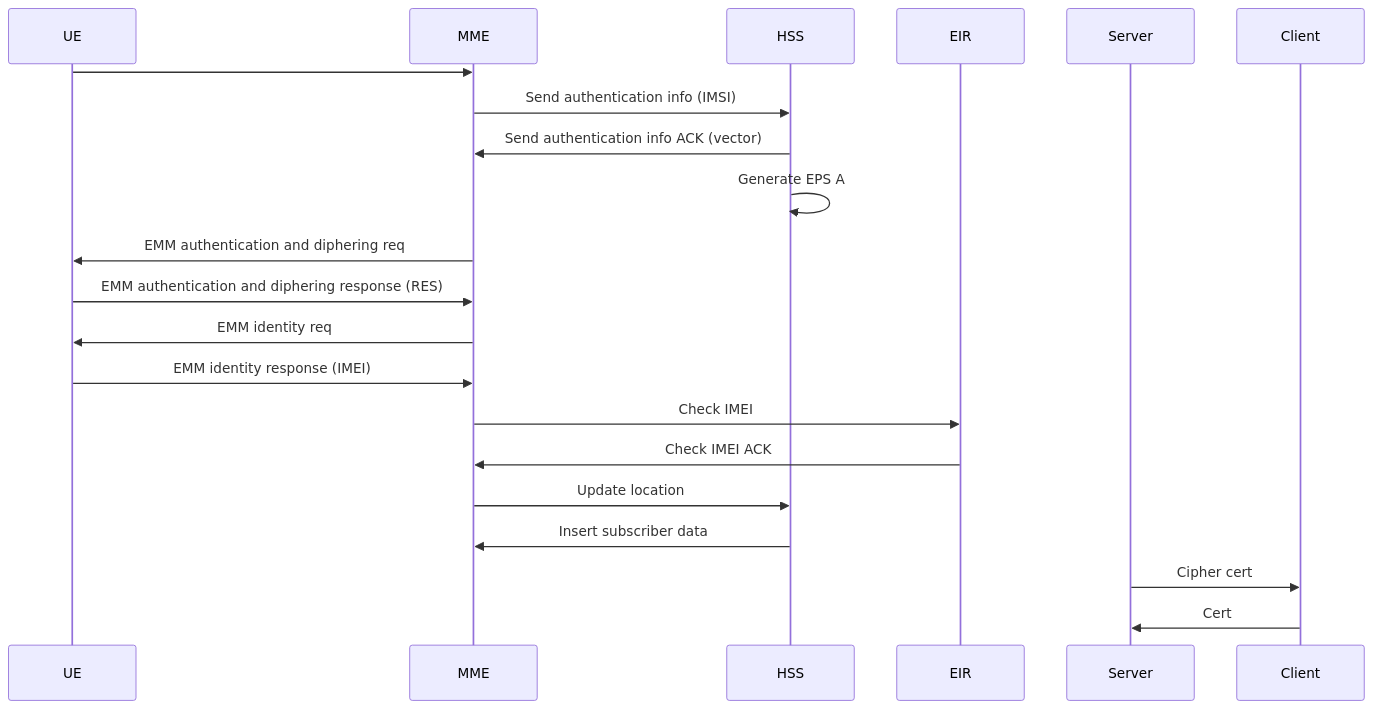
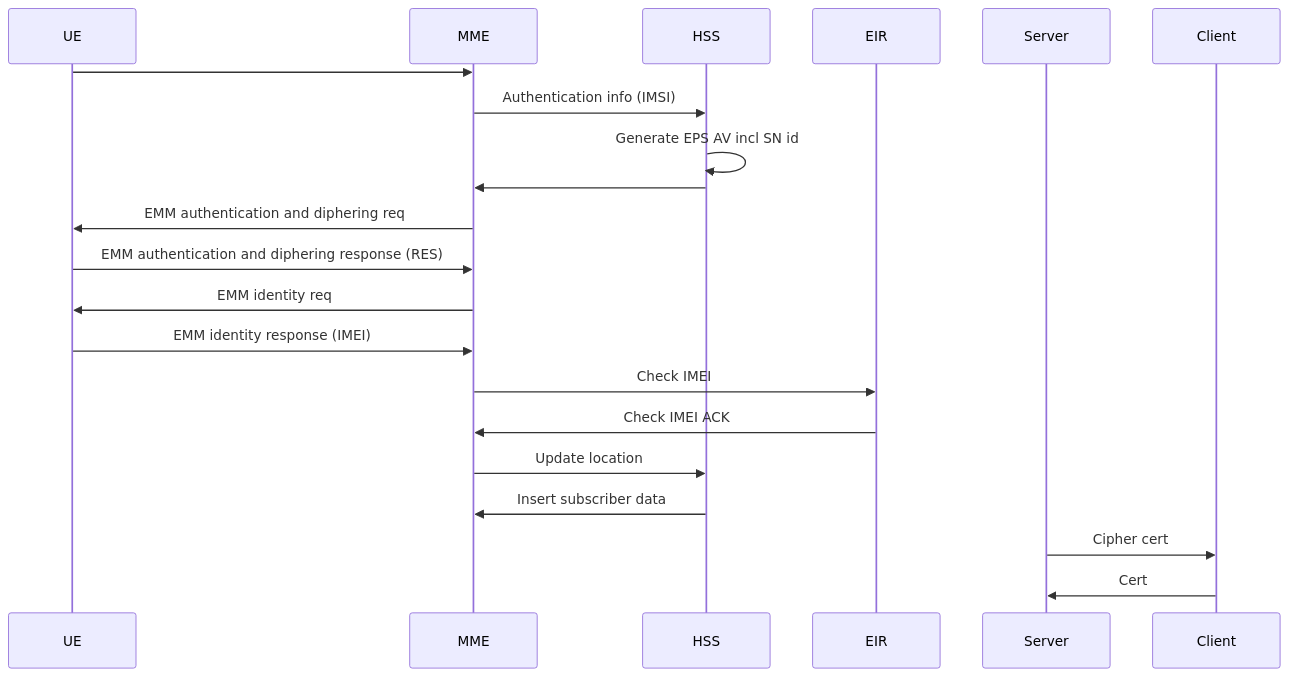
One commit to ThomasRochette/NoteCours changed the diagram in ARM.md. Above: the diagram before and after it, drawn with Mermaid. The commit also changed other lines of this file, not shown here.

Commit message:
Uploaded by https://stackedit.io/

````diff
--- a/ARM.md
+++ b/ARM.md
@@ -80,17 +80,18 @@
 ```mermaid
 sequenceDiagram
 UE ->> MME: 
-MME ->> HSS: Send authentication info (IMSI)
-HSS ->> MME: Send authentication info ACK (vector)
-HSS ->> HSS: Generate EPS A
+MME ->> HSS: Authentication info (IMSI)
+HSS ->> HSS: Generate EPS AV incl SN id
+HSS ->> MME:  
+
 MME ->> UE: EMM authentication and diphering req
 UE ->> MME: EMM authentication and diphering response (RES)
 MME ->> UE: EMM identity req
 UE ->> MME: EMM identity response (IMEI)
 MME ->> EIR: Check IMEI
 EIR ->> MME: Check IMEI ACK
 MME ->> HSS: Update location
 HSS ->> MME: Insert subscriber data
 Server ->> Client: Cipher cert
 Client ->> Server: Cert
 ```
````
